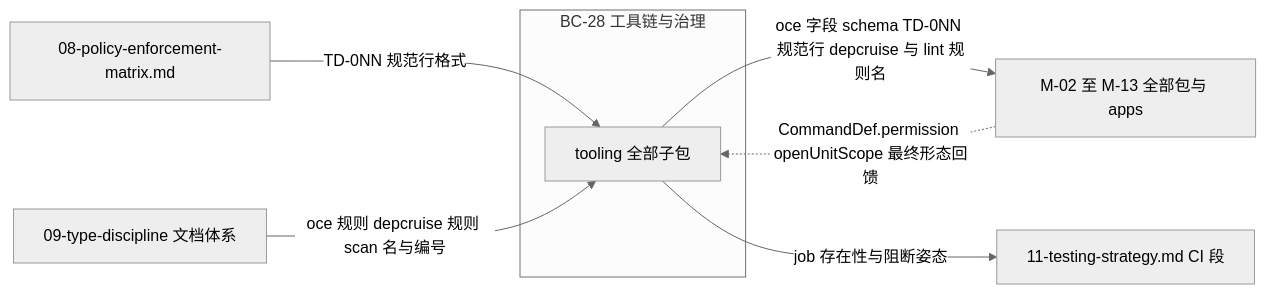
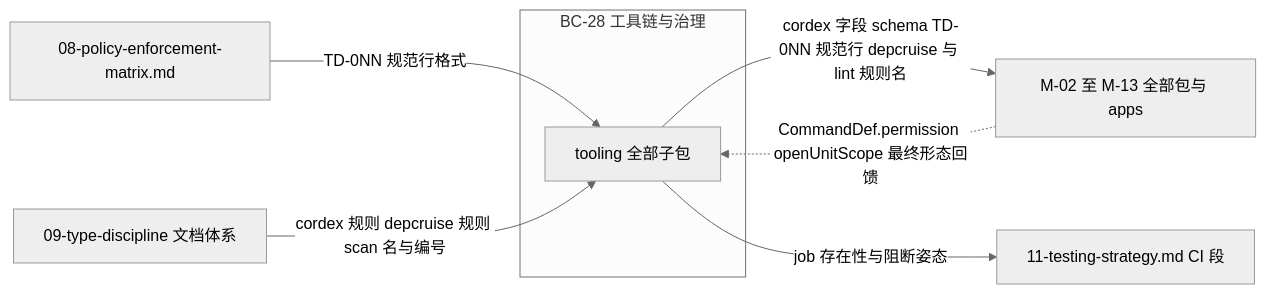
One commit to Xeonice/cordis-ppt-editor changed the first of 2 diagrams in docs/40-modules/01-tooling-and-governance.md. Above: the diagram before and after it, drawn with Mermaid (neutral theme). The commit also changed other lines of this file and 23 other files, not shown here.

````diff
--- a/docs/40-modules/01-tooling-and-governance.md
+++ b/docs/40-modules/01-tooling-and-governance.md
@@ -25,15 +25,15 @@
 ```mermaid
 flowchart LR
   docPolicyMatrix["08-policy-enforcement-matrix.md"]
   docTypeDiscipline["09-type-discipline 文档体系"]
   subgraph bc28["BC-28 工具链与治理"]
     pkgTooling["tooling 全部子包"]
   end
   allModules["M-02 至 M-13 全部包与 apps"]
   ciStrategy["11-testing-strategy.md CI 段"]
   docPolicyMatrix -- "TD-0NN 规范行格式" --> pkgTooling
-  docTypeDiscipline -- "oce 规则 depcruise 规则 scan 名与编号" --> pkgTooling
-  pkgTooling -- "oce 字段 schema TD-0NN 规范行 depcruise 与 lint 规则名" --> allModules
+  docTypeDiscipline -- "cordex 规则 depcruise 规则 scan 名与编号" --> pkgTooling
+  pkgTooling -- "cordex 字段 schema TD-0NN 规范行 depcruise 与 lint 规则名" --> allModules
   allModules -. "CommandDef.permission openUnitScope 最终形态回馈" .-> pkgTooling
   pkgTooling -- "job 存在性与阻断姿态" --> ciStrategy
 ```
````
